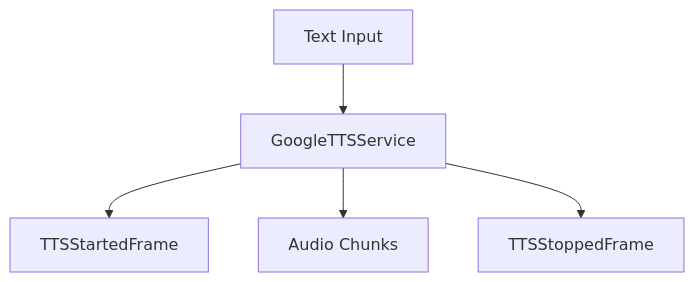
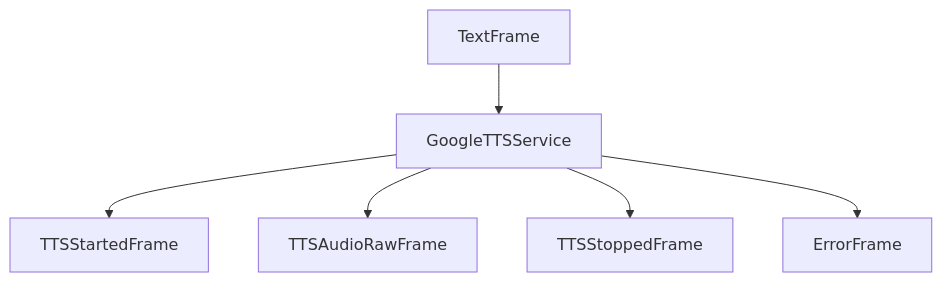
The diagram in api-reference/services/tts/google.mdx (pipecat-ai/docs), drawn with Mermaid before and after one commit. The commit also changed 25 other files, not shown here.

Commit message:
Clean up Frame Flow diagrams

````diff
--- a/api-reference/services/tts/google.mdx
+++ b/api-reference/services/tts/google.mdx
@@ -194,7 +194,8 @@
 ```mermaid
 graph TD
-    A[Text Input] --> B[GoogleTTSService]
+    A[TextFrame] --> B[GoogleTTSService]
     B --> C[TTSStartedFrame]
-    B --> D[Audio Chunks]
+    B --> D[TTSAudioRawFrame]
     B --> E[TTSStoppedFrame]
+    B --> F[ErrorFrame]
 ```
````
